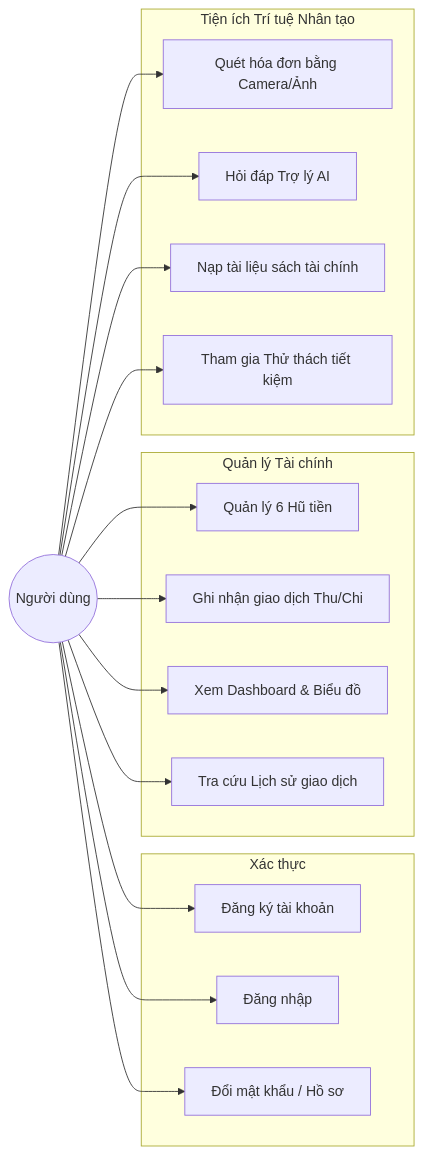
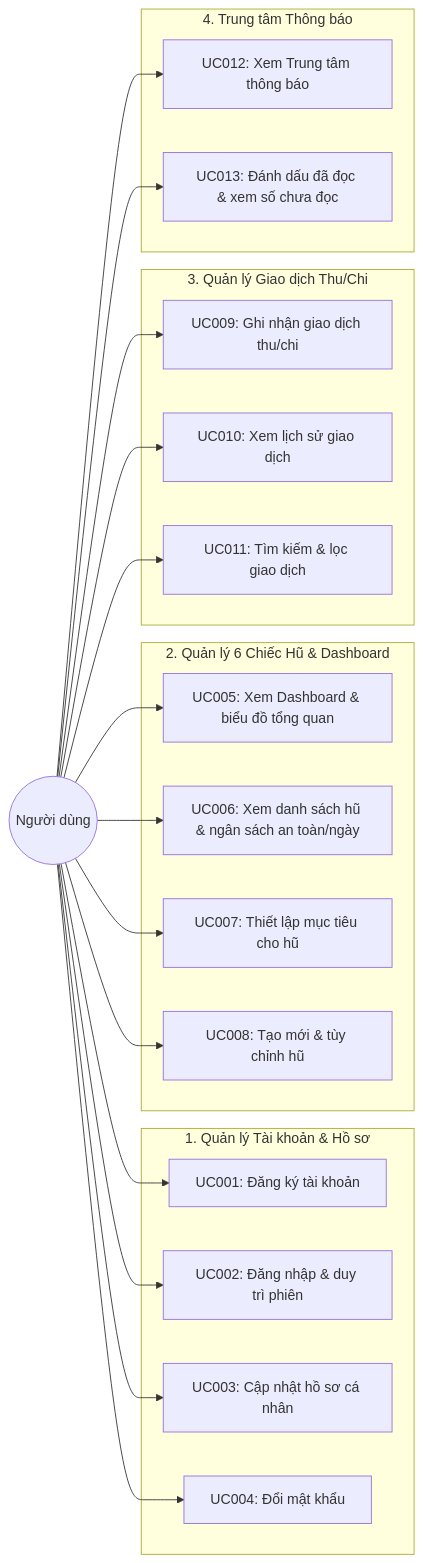
The second of 2 diagrams in USER_REQUIREMENTS_DOCUMENT.md (ThaoChie/PersonalFintech), drawn with Mermaid before and after one commit. The commit also changed other lines of this file and 2 other files, not shown here.

````diff
--- a/USER_REQUIREMENTS_DOCUMENT.md
+++ b/USER_REQUIREMENTS_DOCUMENT.md
@@ -106,36 +98,43 @@
 ```mermaid
 graph LR
     User((Người dùng))
 
-    subgraph Auth["Xác thực"]
-        UC1[Đăng ký tài khoản]
-        UC2[Đăng nhập]
-        UC3[Đổi mật khẩu / Hồ sơ]
+    subgraph Sub1["1. Quản lý Tài khoản & Hồ sơ"]
+        UC001["UC001: Đăng ký tài khoản"]
+        UC002["UC002: Đăng nhập & duy trì phiên"]
+        UC003["UC003: Cập nhật hồ sơ cá nhân"]
+        UC004["UC004: Đổi mật khẩu"]
     end
 
-    subgraph Finance["Quản lý Tài chính"]
-        UC4[Quản lý 6 Hũ tiền]
-        UC5[Ghi nhận giao dịch Thu/Chi]
-        UC6[Xem Dashboard & Biểu đồ]
-        UC7[Tra cứu Lịch sử giao dịch]
+    subgraph Sub2["2. Quản lý 6 Chiếc Hũ & Dashboard"]
+        UC005["UC005: Xem Dashboard & biểu đồ tổng quan"]
+        UC006["UC006: Xem danh sách hũ & ngân sách an toàn/ngày"]
+        UC007["UC007: Thiết lập mục tiêu cho hũ"]
+        UC008["UC008: Tạo mới & tùy chỉnh hũ"]
     end
 
-    subgraph AI["Tiện ích Trí tuệ Nhân tạo"]
-        UC8[Quét hóa đơn bằng Camera/Ảnh]
-        UC9[Hỏi đáp Trợ lý AI]
-        UC10[Nạp tài liệu sách tài chính]
-        UC11[Tham gia Thử thách tiết kiệm]
+    subgraph Sub3["3. Quản lý Giao dịch Thu/Chi"]
+        UC009["UC009: Ghi nhận giao dịch thu/chi"]
+        UC010["UC010: Xem lịch sử giao dịch"]
+        UC011["UC011: Tìm kiếm & lọc giao dịch"]
     end
 
-    User --> UC1
-    User --> UC2
-    User --> UC3
-    User --> UC4
-    User --> UC5
-    User --> UC6
-    User --> UC7
-    User --> UC8
-    User --> UC9
-    User --> UC10
-    User --> UC11
+    subgraph Sub4["4. Trung tâm Thông báo"]
+        UC012["UC012: Xem Trung tâm thông báo"]
+        UC013["UC013: Đánh dấu đã đọc & xem số chưa đọc"]
+    end
+
+    User --> UC001
+    User --> UC002
+    User --> UC003
+    User --> UC004
+    User --> UC005
+    User --> UC006
+    User --> UC007
+    User --> UC008
+    User --> UC009
+    User --> UC010
+    User --> UC011
+    User --> UC012
+    User --> UC013
 ```
````
